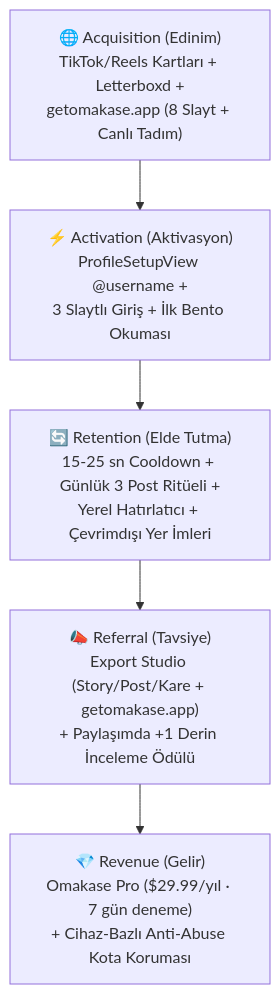
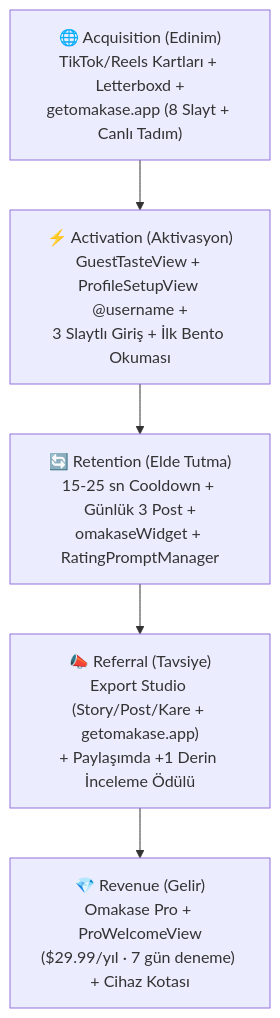
The second of 2 diagrams in docs/urun_analizi_ve_pazarlama.md (kuzeysinay/omakase), drawn with Mermaid before and after one commit. The commit also changed other lines of this file and 8 other files, not shown here.

````diff
--- a/docs/urun_analizi_ve_pazarlama.md
+++ b/docs/urun_analizi_ve_pazarlama.md
@@ -73,7 +73,7 @@
 ```mermaid
 flowchart TD
-    A["🌐 Acquisition (Edinim)<br/>TikTok/Reels Kartları + Letterboxd +<br/>getomakase.app (8 Slayt + Canlı Tadım)"] --> B["⚡ Activation (Aktivasyon)<br/>ProfileSetupView @username +<br/>3 Slaytlı Giriş + İlk Bento Okuması"]
-    B --> C["🔄 Retention (Elde Tutma)<br/>15-25 sn Cooldown + Günlük 3 Post Ritüeli +<br/>Yerel Hatırlatıcı + Çevrimdışı Yer İmleri"]
+    A["🌐 Acquisition (Edinim)<br/>TikTok/Reels Kartları + Letterboxd +<br/>getomakase.app (8 Slayt + Canlı Tadım)"] --> B["⚡ Activation (Aktivasyon)<br/>GuestTasteView + ProfileSetupView @username +<br/>3 Slaytlı Giriş + İlk Bento Okuması"]
+    B --> C["🔄 Retention (Elde Tutma)<br/>15-25 sn Cooldown + Günlük 3 Post +<br/>omakaseWidget + RatingPromptManager"]
     C --> D["📣 Referral (Tavsiye)<br/>Export Studio (Story/Post/Kare + getomakase.app)<br/>+ Paylaşımda +1 Derin İnceleme Ödülü"]
-    D --> E["💎 Revenue (Gelir)<br/>Omakase Pro ($29.99/yıl · 7 gün deneme)<br/>+ Cihaz-Bazlı Anti-Abuse Kota Koruması"]
+    D --> E["💎 Revenue (Gelir)<br/>Omakase Pro + ProWelcomeView<br/>($29.99/yıl · 7 gün deneme) + Cihaz Kotası"]
 ```
````
